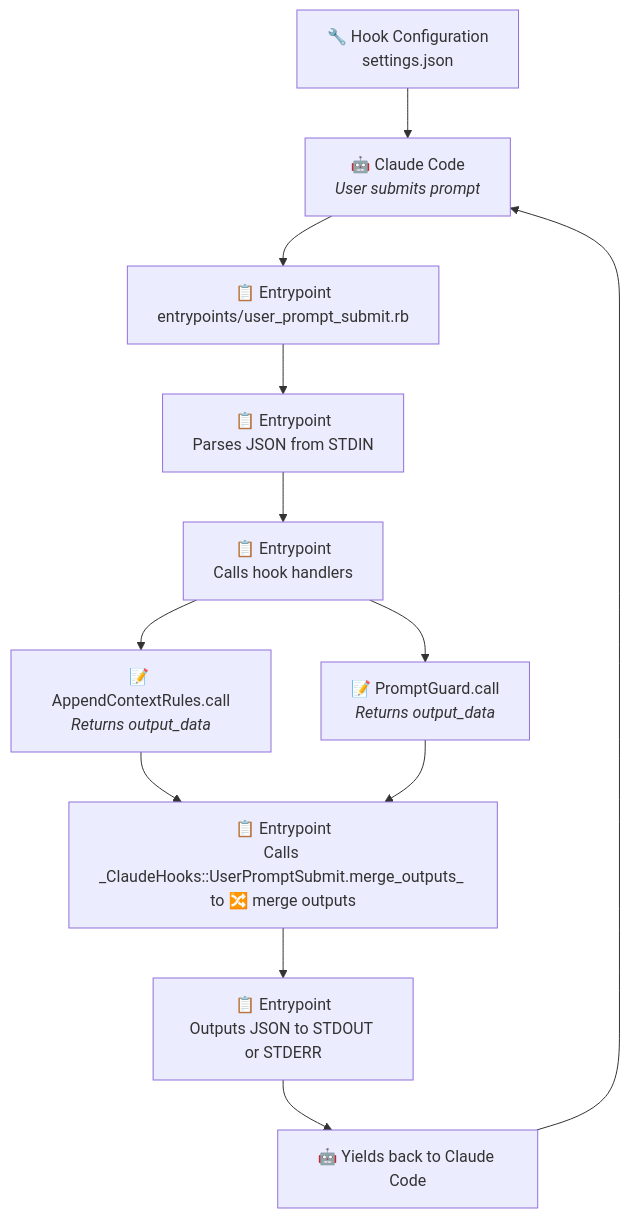
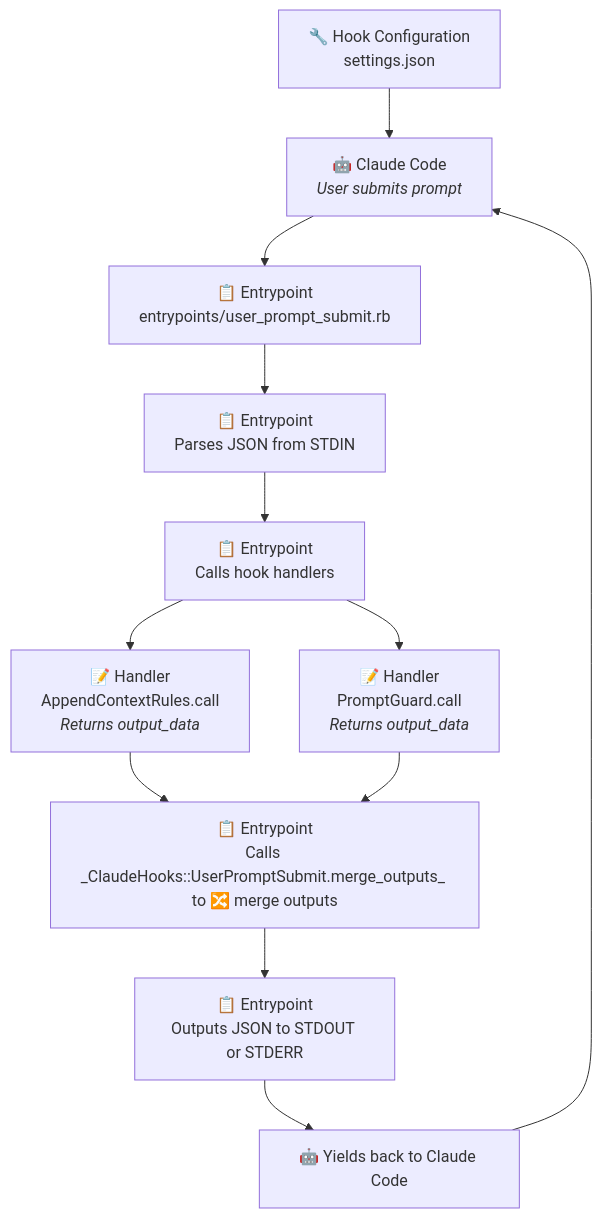
Before and after one commit to gabriel-dehan/claude_hooks: the second of 2 diagrams in README.md, drawn with Mermaid. The commit also changed other lines of this file, not shown here.

Commit message:
Update mermaid diagram

````diff
--- a/README.md
+++ b/README.md
@@ -313,18 +313,18 @@
 ```mermaid
 graph TD
   A[🔧 Hook Configuration<br/>settings.json] --> B
   B[🤖 Claude Code<br/><em>User submits prompt</em>] --> C[📋 Entrypoint<br />entrypoints/user_prompt_submit.rb]
 
   C --> D[📋 Entrypoint<br />Parses JSON from STDIN]
   D --> E[📋 Entrypoint<br />Calls hook handlers]
 
-  E --> F[📝 AppendContextRules.call<br/><em>Returns output_data</em>]
-  E --> G[📝 PromptGuard.call<br/><em>Returns output_data</em>]
+  E --> F[📝 Handler<br />AppendContextRules.call<br/><em>Returns output_data</em>]
+  E --> G[📝 Handler<br />PromptGuard.call<br/><em>Returns output_data</em>]
 
   F --> J[📋 Entrypoint<br />Calls _ClaudeHooks::UserPromptSubmit.merge_outputs_ to 🔀 merge outputs]
   G --> J
 
   J --> K[📋 Entrypoint<br />Outputs JSON to STDOUT or STDERR]
   K --> L[🤖 Yields back to Claude Code]
   L --> B
 ```
````
